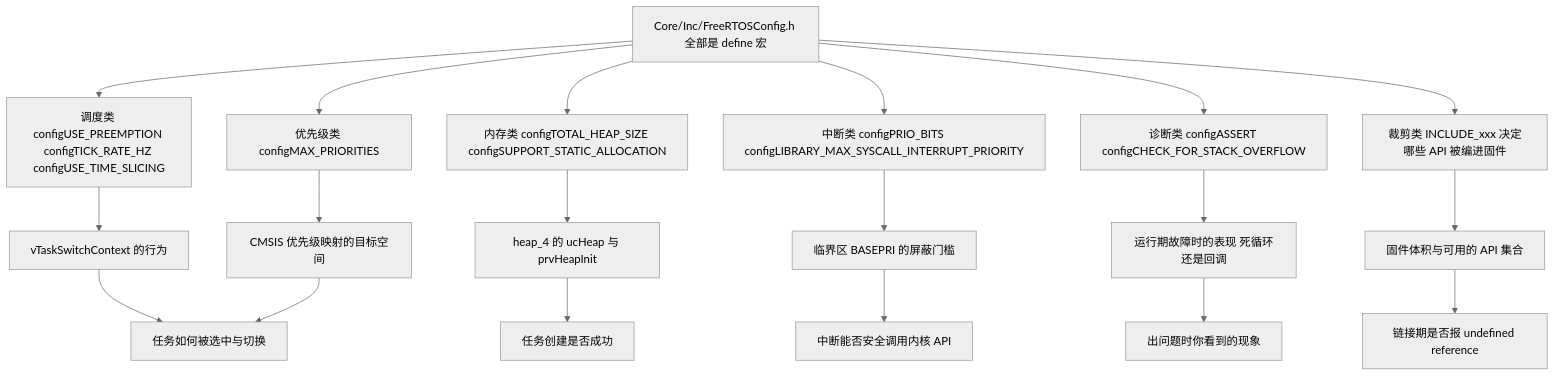
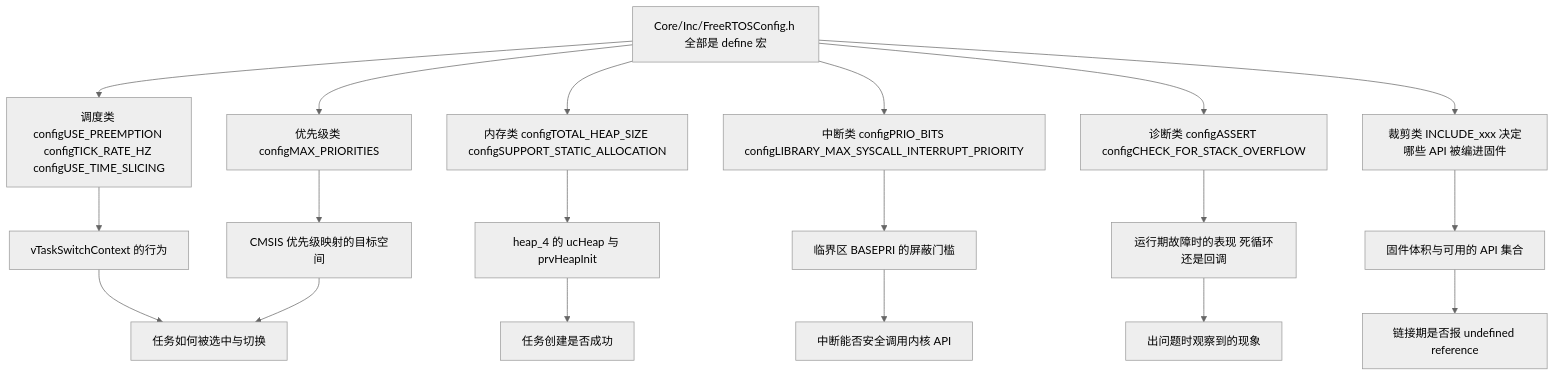
Before and after one commit to TC635807/TC63PersonalWebsite: the first of 3 diagrams in docs/01-FreeRTOS/03-内存管理与临界区/05-FreeRTOSConfig逐项解读.md, drawn with Mermaid (neutral theme). The commit also changed other lines of this file and 728 other files, not shown here.

````diff
--- a/docs/01-FreeRTOS/03-内存管理与临界区/05-FreeRTOSConfig逐项解读.md
+++ b/docs/01-FreeRTOS/03-内存管理与临界区/05-FreeRTOSConfig逐项解读.md
@@ -24,21 +24,21 @@
 ```mermaid
 flowchart TD
   CFG["Core/Inc/FreeRTOSConfig.h 全部是 define 宏"] --> A["调度类 configUSE_PREEMPTION configTICK_RATE_HZ configUSE_TIME_SLICING"]
   CFG --> B["内存类 configTOTAL_HEAP_SIZE configSUPPORT_STATIC_ALLOCATION"]
   CFG --> C["优先级类 configMAX_PRIORITIES"]
   CFG --> D["中断类 configPRIO_BITS configLIBRARY_MAX_SYSCALL_INTERRUPT_PRIORITY"]
   CFG --> E["诊断类 configASSERT configCHECK_FOR_STACK_OVERFLOW"]
   CFG --> F["裁剪类 INCLUDE_xxx 决定哪些 API 被编进固件"]
   A --> G["vTaskSwitchContext 的行为"]
   B --> H["heap_4 的 ucHeap 与 prvHeapInit"]
   C --> I["CMSIS 优先级映射的目标空间"]
   D --> J["临界区 BASEPRI 的屏蔽门槛"]
   E --> K["运行期故障时的表现 死循环还是回调"]
   F --> L["固件体积与可用的 API 集合"]
   G --> M["任务如何被选中与切换"]
   I --> M
   J --> N["中断能否安全调用内核 API"]
-  K --> O["出问题时你看到的现象"]
+  K --> O["出问题时观察到的现象"]
   L --> P["链接期是否报 undefined reference"]
   H --> Q["任务创建是否成功"]
 ```
````
